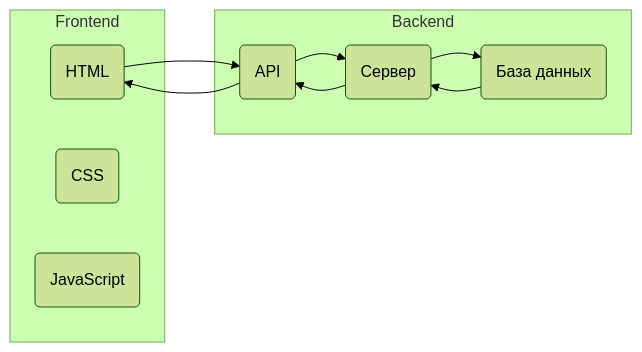
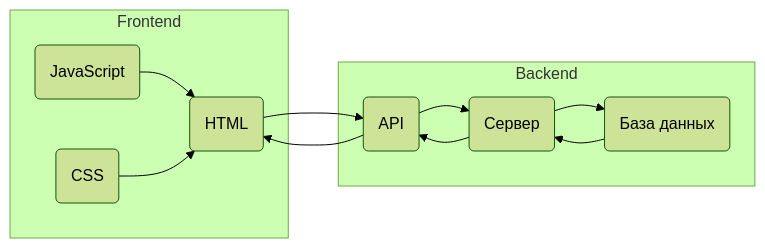
One commit to Daria5574/ISR_lab1 changed the diagram in independentTask.md. Above: the diagram before and after it, drawn with Mermaid (forest theme).

````diff
--- a/independentTask.md
+++ b/independentTask.md
@@ -9,19 +9,21 @@
 ```mermaid
 graph LR
     subgraph Frontend
         A(HTML)
         B(CSS)
         C(JavaScript)
     end
     subgraph Backend
         D(Сервер)
         E(API)
         F(База данных)
     end
     A --> E
     E --> D
     D --> F
     F --> D
     D --> E
     E --> A
+    C --> A
+    B --> A
 ```
````
